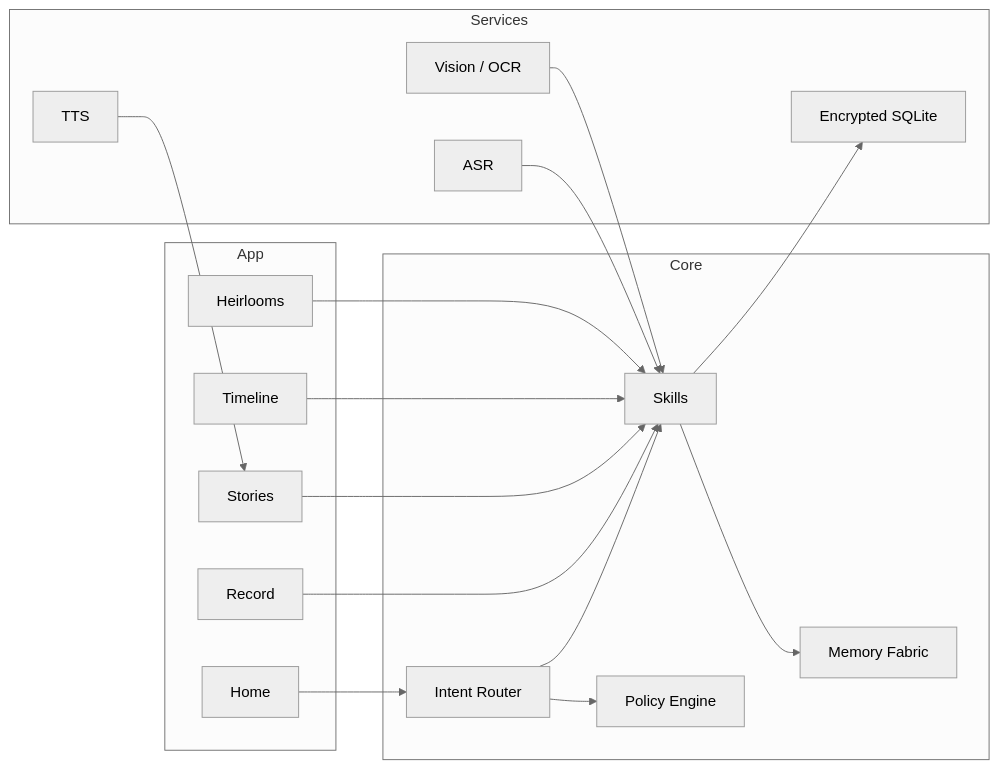
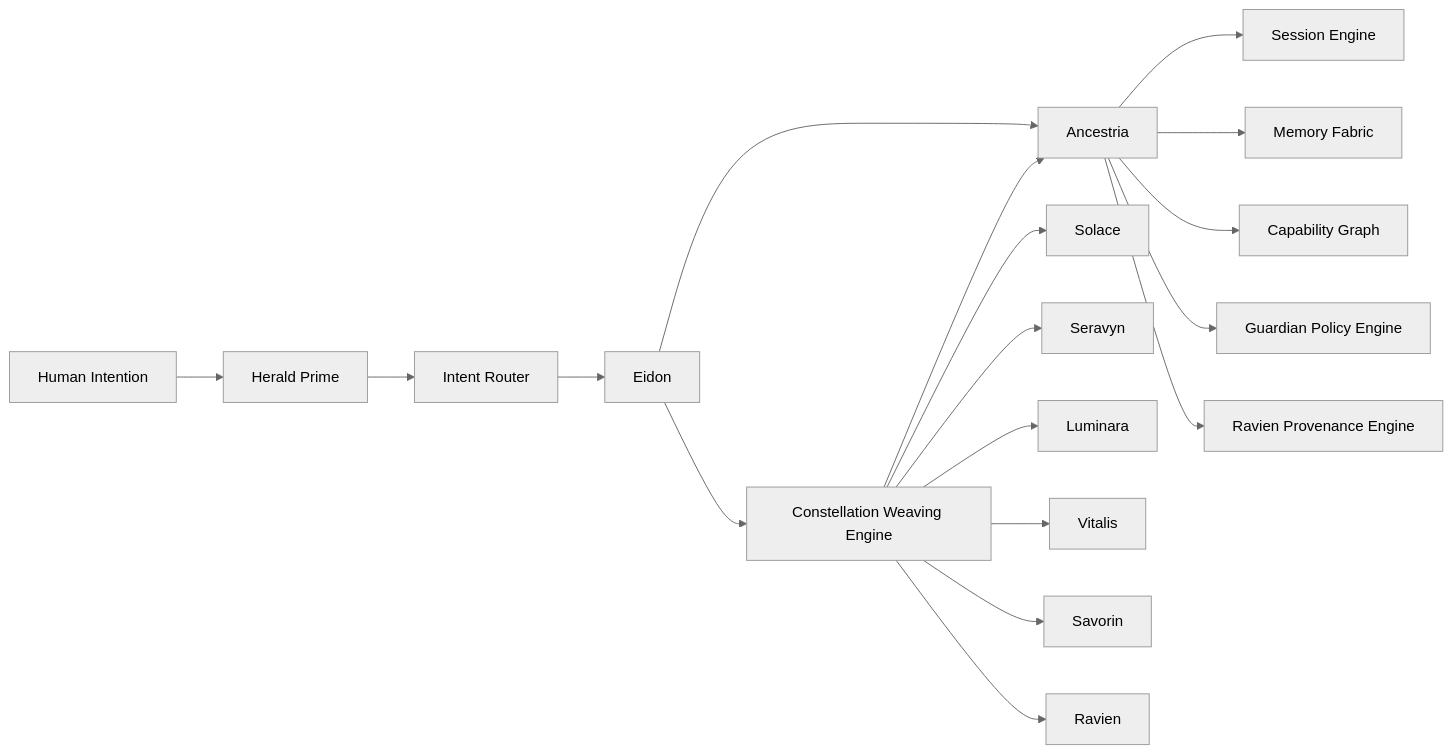
Before and after one commit to S1ngularD2ality/eidonic-language-elol: the diagram in docs/ekrps/ancestria/README.md, drawn with Mermaid (neutral theme). The commit also changed other lines of this file, not shown here.

First line of the commit message:
Revise README for Ancestria with updated content

````diff
--- a/docs/ekrps/ancestria/README.md
+++ b/docs/ekrps/ancestria/README.md
@@ -78,36 +221,23 @@
 ```mermaid
 flowchart LR
-  subgraph App
-    H["Home"]
-    RC["Record"]
-    ST["Stories"]
-    TL["Timeline"]
-    HL["Heirlooms"]
-  end
+  U["Human Intention"] --> HP["Herald Prime"]
+  HP --> IR["Intent Router"]
+  IR --> E["Eidon"]
+  E --> A["Ancestria"]
+  E --> CW["Constellation Weaving Engine"]
 
-  subgraph Core
-    IR["Intent Router"]
-    SK["Skills"]
-    MF["Memory Fabric"]
-    PE["Policy Engine"]
-  end
+  A --> SE["Session Engine"]
+  A --> MF["Memory Fabric"]
+  A --> CG["Capability Graph"]
+  A --> GPE["Guardian Policy Engine"]
 
-  subgraph Services
-    ASR["ASR"]
-    TTS["TTS"]
-    VIS["Vision / OCR"]
-    DB["Encrypted SQLite"]
-  end
+  CW --> A
+  CW --> S["Solace"]
+  CW --> SV["Seravyn"]
+  CW --> L["Luminara"]
+  CW --> V["Vitalis"]
+  CW --> SA["Savorin"]
+  CW --> R["Ravien"]
 
-  H --> IR --> SK
-  RC --> SK
-  ST --> SK
-  TL --> SK
-  HL --> SK
-  SK --> MF
-  SK --> DB
-  IR --> PE
-  ASR --> SK
-  TTS --> ST
-  VIS --> SK
+  A --> RPE["Ravien Provenance Engine"]
 ```
````
